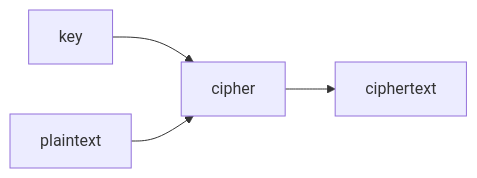
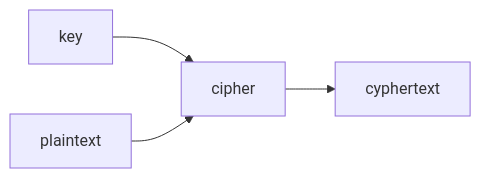
Before and after one commit to maclong9/harvard-compsci: the diagram in CS50/02-Arrays/README.md, drawn with Mermaid. The commit also changed other lines of this file, not shown here.

````diff
--- a/CS50/02-Arrays/README.md
+++ b/CS50/02-Arrays/README.md
@@ -164,4 +163,4 @@
 ``` mermaid
 flowchart LR
-    key & plaintext--> cipher --> ciphertext
+    key & plaintext--> cipher --> cyphertext
 ```
````
